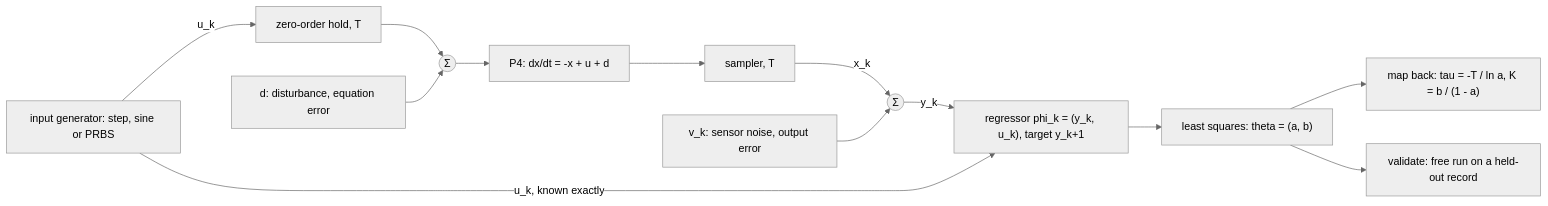
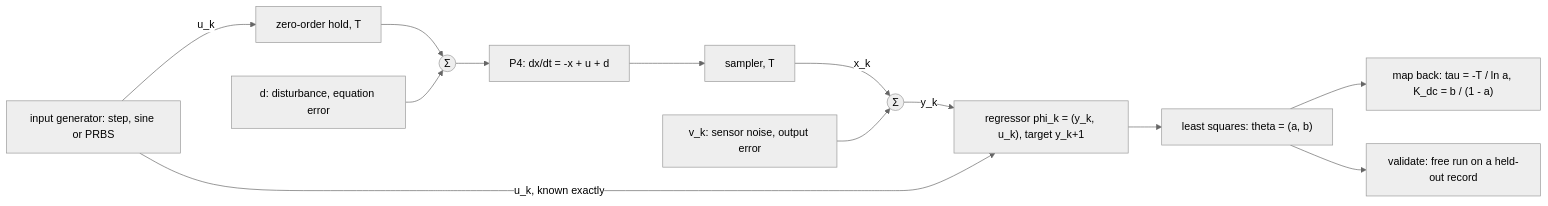
The first of 2 diagrams in content/04-robotics/system-identification.md (jiseop-byeon/phd-wiki), drawn with Mermaid (neutral theme) before and after one commit. The commit also changed other lines of this file and 26 other files, not shown here.

````diff
--- a/content/04-robotics/system-identification.md
+++ b/content/04-robotics/system-identification.md
@@ -41,15 +252,15 @@
 ```mermaid
 flowchart LR
     G["input generator: step, sine or PRBS"] -->|"u_k"| H["zero-order hold, T"]
     H --> S1(("Σ"))
     D["d: disturbance, equation error"] --> S1
     S1 --> P["P4: dx/dt = -x + u + d"]
     P --> SM["sampler, T"]
     SM -->|"x_k"| S2(("Σ"))
     V["v_k: sensor noise, output error"] --> S2
     S2 -->|"y_k"| RG["regressor phi_k = (y_k, u_k), target y_k+1"]
     G -->|"u_k, known exactly"| RG
     RG --> LS["least squares: theta = (a, b)"]
-    LS --> MB["map back: tau = -T / ln a, K = b / (1 - a)"]
+    LS --> MB["map back: tau = -T / ln a, K_dc = b / (1 - a)"]
     LS --> VAL["validate: free run on a held-out record"]
 ```
````
